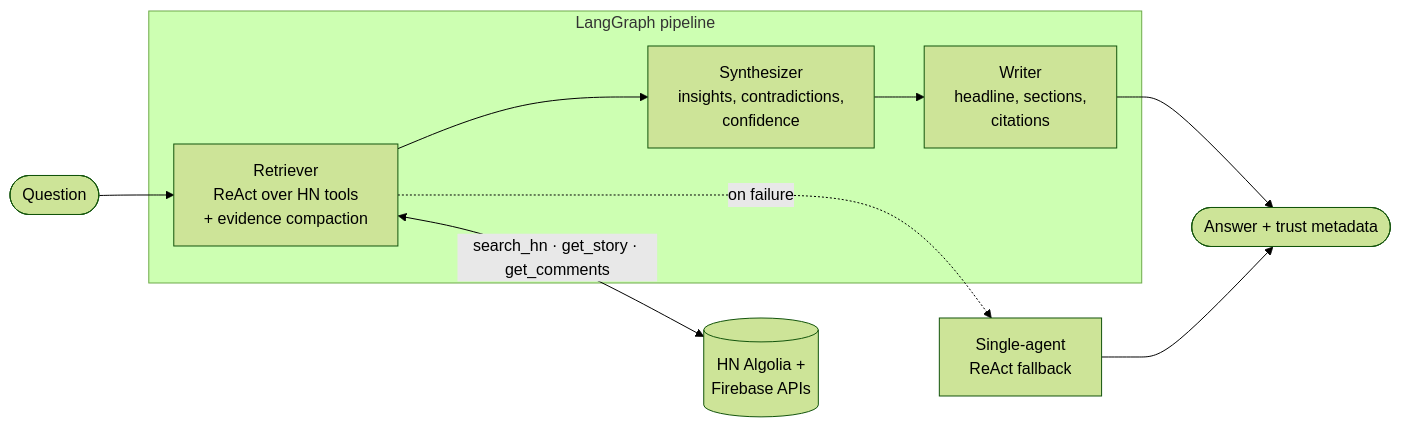
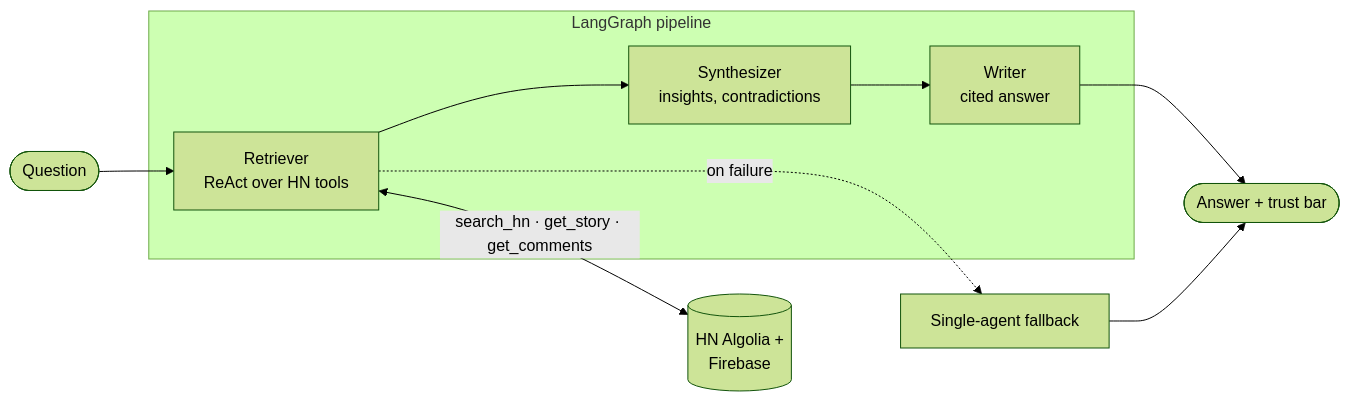
One commit to darth-dodo/voxpopuli changed the diagram in README.md. Above: the diagram before and after it, drawn with Mermaid (forest theme). The commit also changed other lines of this file and 1 other file, not shown here.

````diff
--- a/README.md
+++ b/README.md
@@ -63,11 +38,11 @@
 ```mermaid
 flowchart LR
     Q([Question]) --> R
     subgraph Pipeline [LangGraph pipeline]
-      R[Retriever<br/>ReAct over HN tools<br/>+ evidence compaction] --> S[Synthesizer<br/>insights, contradictions,<br/>confidence]
-      S --> W[Writer<br/>headline, sections,<br/>citations]
+      R[Retriever<br/>ReAct over HN tools] --> S[Synthesizer<br/>insights, contradictions]
+      S --> W[Writer<br/>cited answer]
     end
-    R <-->|search_hn · get_story · get_comments| HN[(HN Algolia +<br/>Firebase APIs)]
-    W --> A([Answer + trust metadata])
-    R -. on failure .-> F[Single-agent<br/>ReAct fallback] --> A
+    R <-->|search_hn · get_story · get_comments| HN[(HN Algolia +<br/>Firebase)]
+    W --> A([Answer + trust bar])
+    R -. on failure .-> F[Single-agent fallback] --> A
 ```
````
